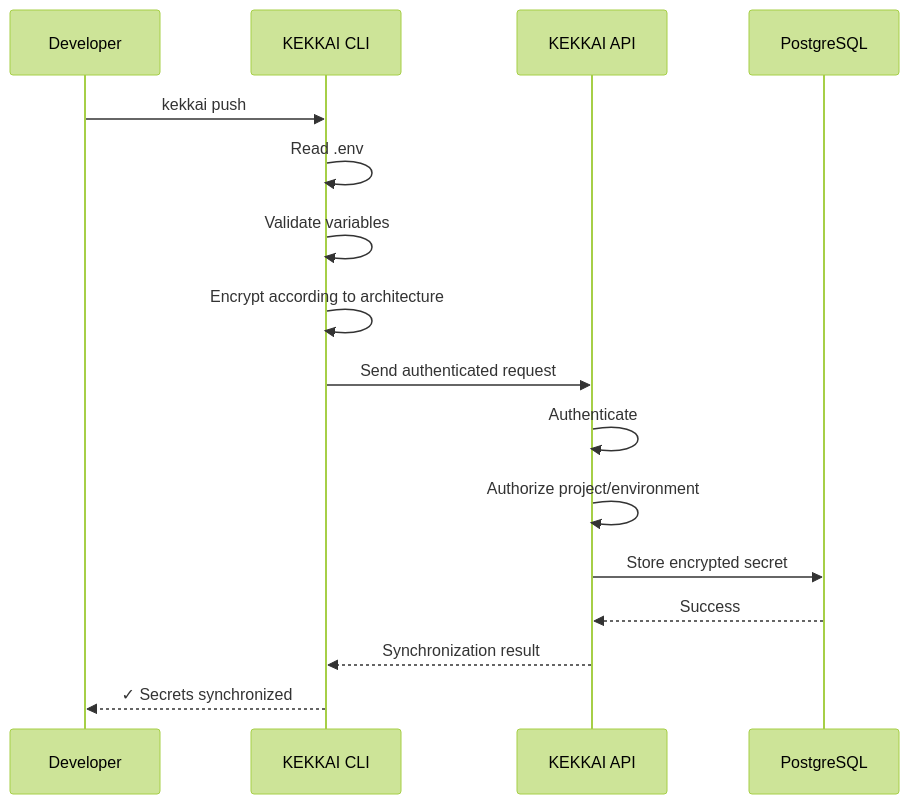
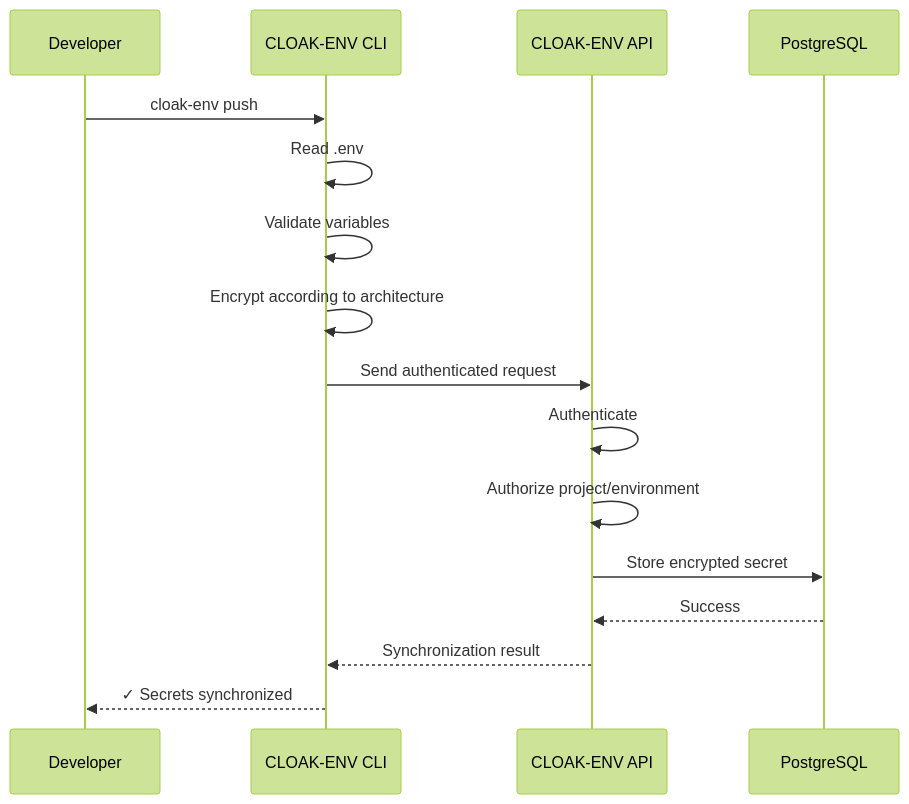
The third of 8 diagrams in About.md (aninda8680/Kekkai), drawn with Mermaid (forest theme) before and after one commit. The commit also changed other lines of this file and 45 other files, not shown here.

````diff
--- a/About.md
+++ b/About.md
@@ -2697,27 +2697,27 @@
 ```mermaid
 sequenceDiagram
 
     participant DEV as Developer
-    participant CLI as KEKKAI CLI
-    participant API as KEKKAI API
+    participant CLI as CLOAK-ENV CLI
+    participant API as CLOAK-ENV API
     participant DB as PostgreSQL
 
-    DEV->>CLI: kekkai push
+    DEV->>CLI: cloak-env push
 
     CLI->>CLI: Read .env
     CLI->>CLI: Validate variables
     CLI->>CLI: Encrypt according to architecture
 
     CLI->>API: Send authenticated request
 
     API->>API: Authenticate
     API->>API: Authorize project/environment
 
     API->>DB: Store encrypted secret
 
     DB-->>API: Success
 
     API-->>CLI: Synchronization result
 
     CLI-->>DEV: ✓ Secrets synchronized
 ```
````
